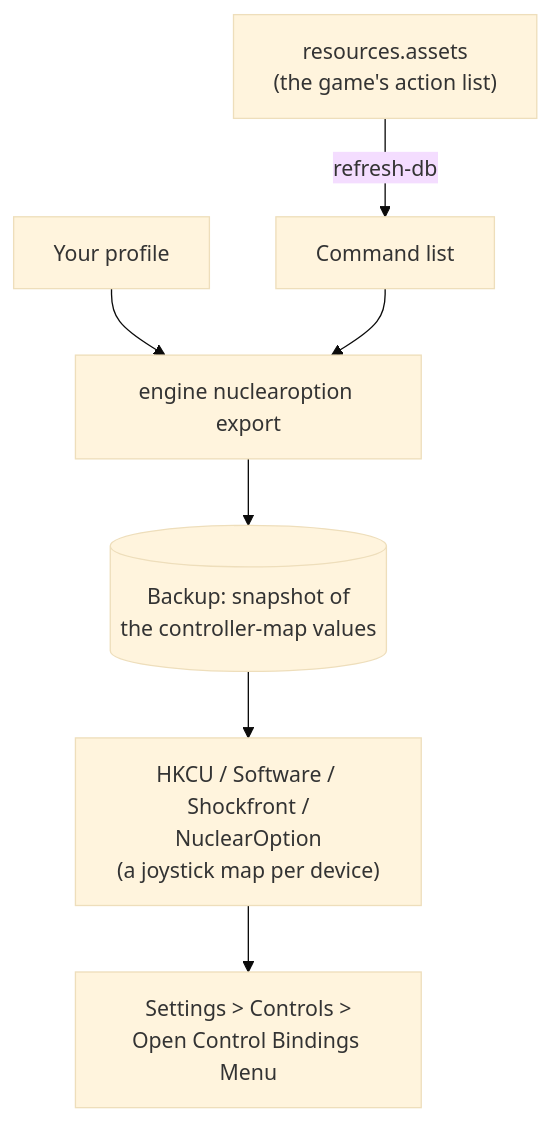
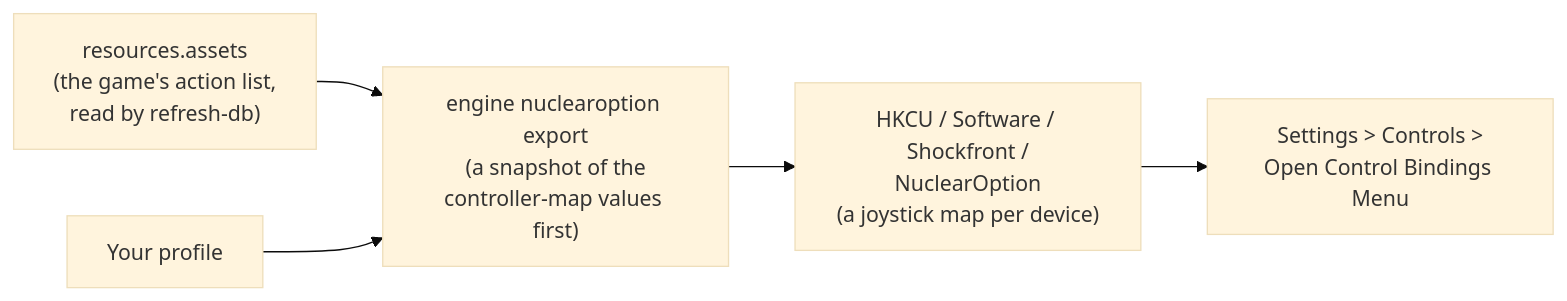
The diagram in website/content/games/nuclear-option.md (Holdi601/JoystickProfiler2), drawn with Mermaid (base theme) before and after one commit. The commit also changed other lines of this file and 718 other files, not shown here.

Commit message:
JoyPro2 2.7.0

````diff
--- a/website/content/games/nuclear-option.md
+++ b/website/content/games/nuclear-option.md
@@ -20,9 +142,8 @@
 ```mermaid
-flowchart TD
-  P["Your profile"] --> E["engine nuclearoption export"]
-  E --> B[("Backup: snapshot of<br/>the controller-map values")]
-  B --> R["HKCU / Software / Shockfront /<br/>NuclearOption<br/>(a joystick map per device)"]
-  A["resources.assets<br/>(the game's action list)"] -->|"refresh-db"| C["Command list"]
-  C --> E
+%% caption: The game keeps its controls in the Windows registry. JoyPro saves a snapshot before it writes.
+flowchart LR
+  A["resources.assets<br/>(the game's action list,<br/>read by refresh-db)"] --> E["engine nuclearoption export<br/>(a snapshot of the<br/>controller-map values first)"]
+  P["Your profile"] --> E
+  E --> R["HKCU / Software / Shockfront /<br/>NuclearOption<br/>(a joystick map per device)"]
   R --> G["Settings > Controls ><br/>Open Control Bindings Menu"]
 ```
````
